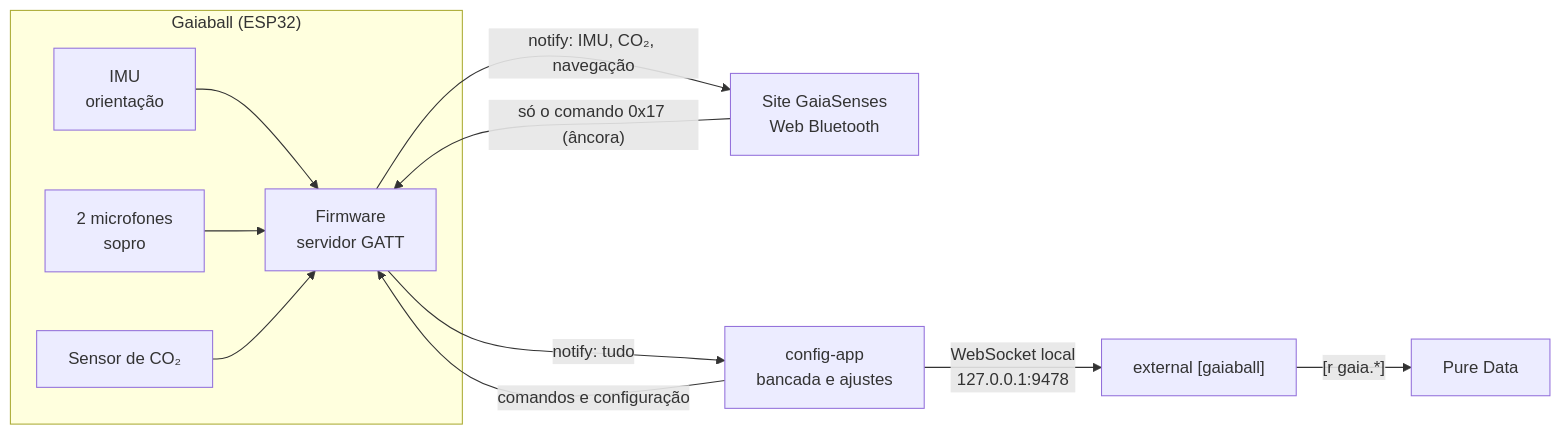
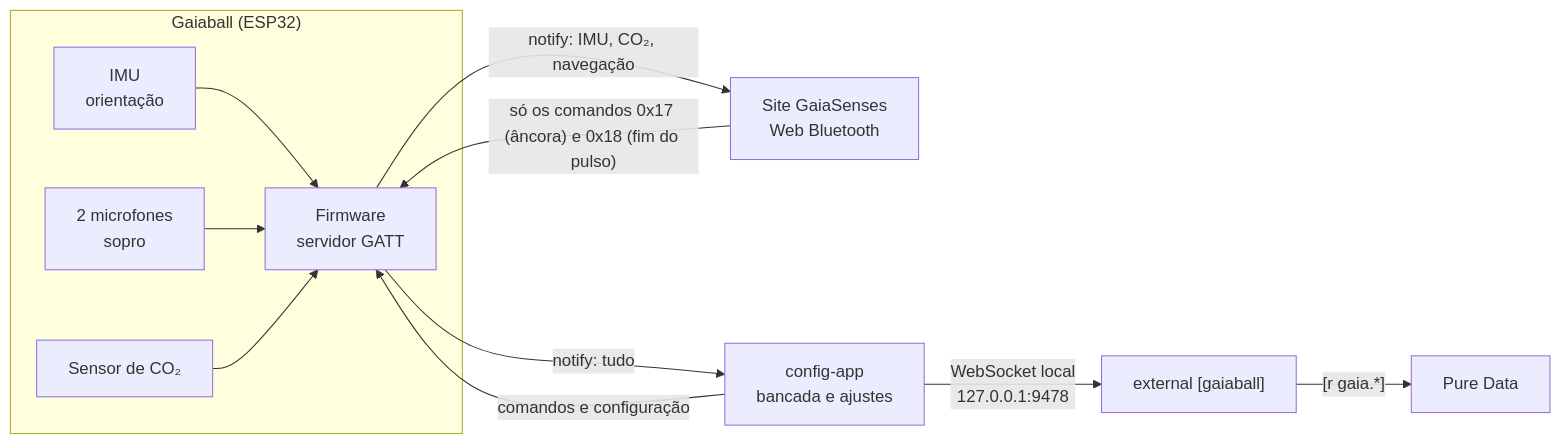
Before and after one commit to GaiaSenses/Gaiasenses-web: the first of 3 diagrams in docs/gaiaball-protocolo-ble.md, drawn with Mermaid. The commit also changed other lines of this file and 1 other file, not shown here.

````diff
--- a/docs/gaiaball-protocolo-ble.md
+++ b/docs/gaiaball-protocolo-ble.md
@@ -53,18 +53,18 @@
 ```mermaid
 flowchart LR
   subgraph BOLA["Gaiaball (ESP32)"]
     IMU["IMU<br/>orientação"]
     MIC["2 microfones<br/>sopro"]
     CO2["Sensor de CO₂"]
     FW["Firmware<br/>servidor GATT"]
     IMU --> FW
     MIC --> FW
     CO2 --> FW
   end
   FW -- "notify: IMU, CO₂, navegação" --> SITE["Site GaiaSenses<br/>Web Bluetooth"]
-  SITE -- "só o comando 0x17 (âncora)" --> FW
+  SITE -- "só os comandos 0x17 (âncora) e 0x18 (fim do pulso)" --> FW
   FW -- "notify: tudo" --> APP["config-app<br/>bancada e ajustes"]
   APP -- "comandos e configuração" --> FW
   APP -- "WebSocket local<br/>127.0.0.1:9478" --> EXT["external [gaiaball]"]
   EXT -- "[r gaia.*]" --> PD["Pure Data"]
 ```
````
